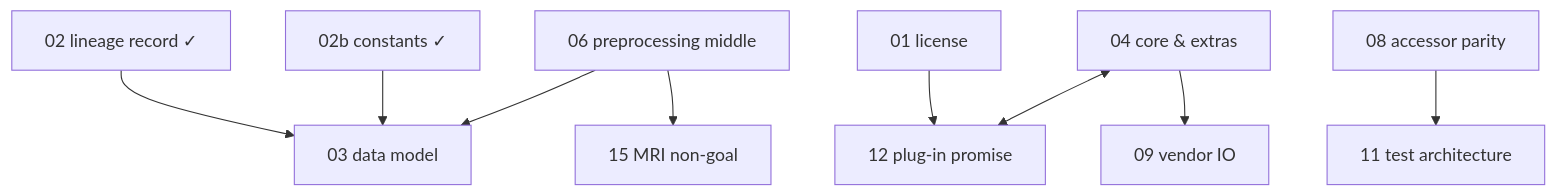
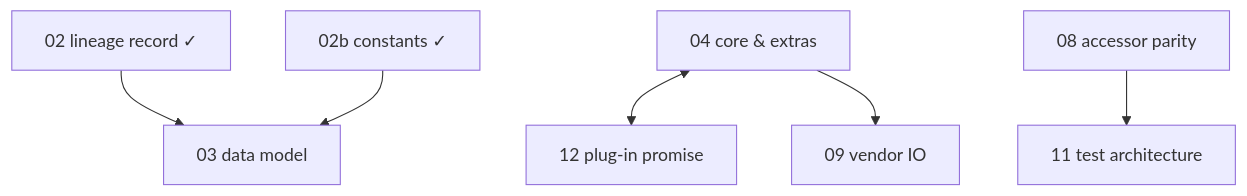
One commit to andrewendlinger/xmris changed the diagram in docs/roadmap.md. Above: the diagram before and after it, drawn with Mermaid. The commit also changed other lines of this file and 1 other file, not shown here.

Commit message:
docs(roadmap): tighten every band, add progress trails, retire resolved cards

````diff
--- a/docs/roadmap.md
+++ b/docs/roadmap.md
@@ -509,12 +454,9 @@
 ```{mermaid}
 %%{init: {'flowchart': {'htmlLabels': false}}}%%
 flowchart TD
     d02["02 lineage record ✓"] --> d03["03 data model"]
     d02b["02b constants ✓"] --> d03
-    d06["06 preprocessing middle"] --> d03
-    d06 --> d15["15 MRI non-goal"]
-    d01["01 license"] --> d12["12 plug-in promise"]
-    d04["04 core & extras"] <--> d12
+    d04["04 core & extras"] <--> d12["12 plug-in promise"]
     d04 --> d09["09 vendor IO"]
     d08["08 accessor parity"] --> d11["11 test architecture"]
 ```
````
